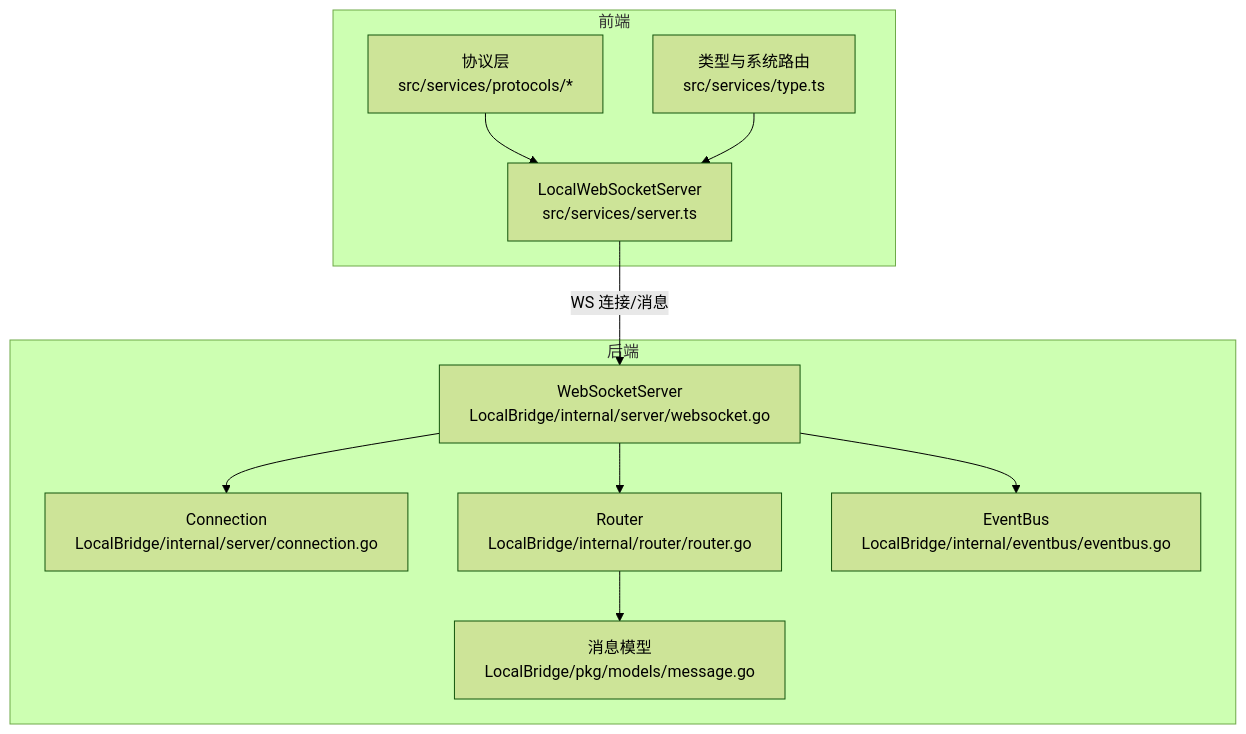
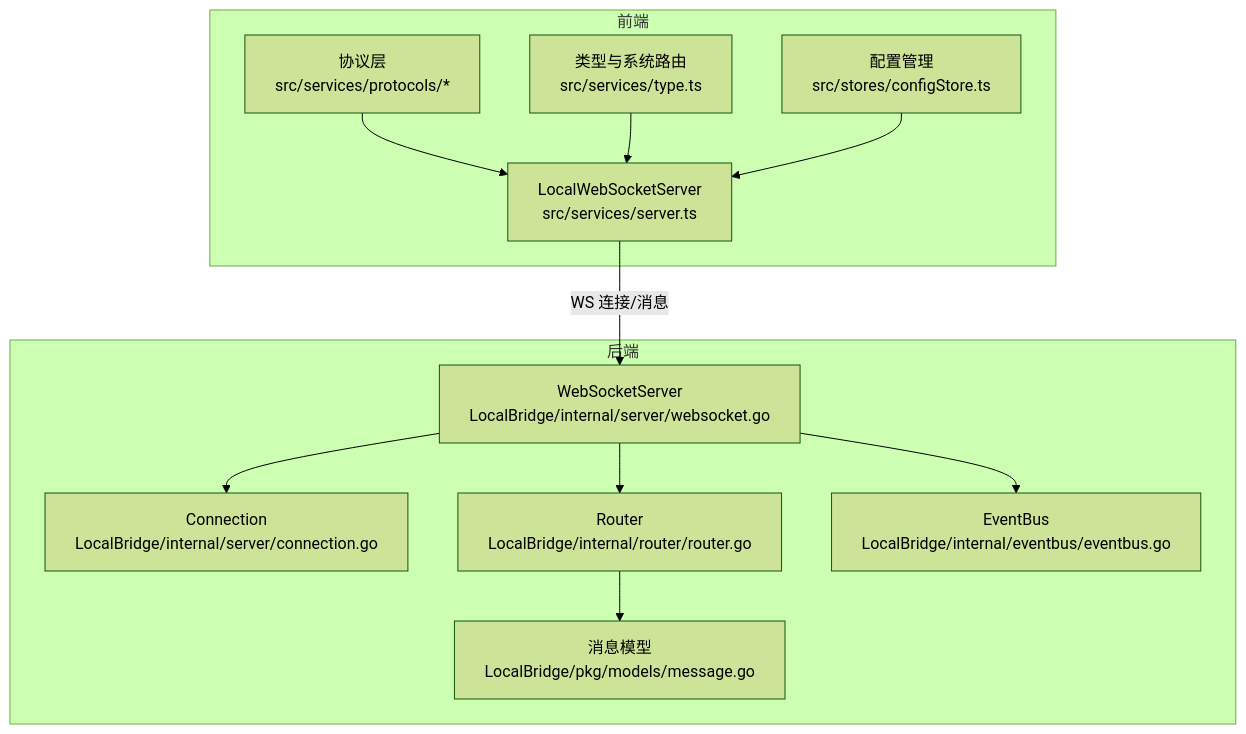
One commit to kqcoxn/MaaPipelineEditor changed the first of 6 diagrams in .qoder/repowiki/zh/content/服务层架构/WebSocket 服务器.md. Above: the diagram before and after it, drawn with Mermaid (forest theme). The commit also changed other lines of this file and 37 other files, not shown here.

````diff
--- a/.qoder/repowiki/zh/content/服务层架构/WebSocket 服务器.md
+++ b/.qoder/repowiki/zh/content/服务层架构/WebSocket 服务器.md
@@ -37,22 +46,24 @@
 ```mermaid
 graph TB
 subgraph "前端"
 FE_Server["LocalWebSocketServer<br/>src/services/server.ts"]
 FE_Protocols["协议层<br/>src/services/protocols/*"]
 FE_Types["类型与系统路由<br/>src/services/type.ts"]
+FE_Config["配置管理<br/>src/stores/configStore.ts"]
 end
 subgraph "后端"
 BE_Server["WebSocketServer<br/>LocalBridge/internal/server/websocket.go"]
 BE_Connection["Connection<br/>LocalBridge/internal/server/connection.go"]
 BE_Router["Router<br/>LocalBridge/internal/router/router.go"]
 BE_EventBus["EventBus<br/>LocalBridge/internal/eventbus/eventbus.go"]
 BE_Models["消息模型<br/>LocalBridge/pkg/models/message.go"]
 end
 FE_Server --> |"WS 连接/消息"| BE_Server
 BE_Server --> BE_Connection
 BE_Server --> BE_Router
 BE_Router --> BE_Models
 BE_Server --> BE_EventBus
 FE_Protocols --> FE_Server
 FE_Types --> FE_Server
+FE_Config --> FE_Server
 ```
````
